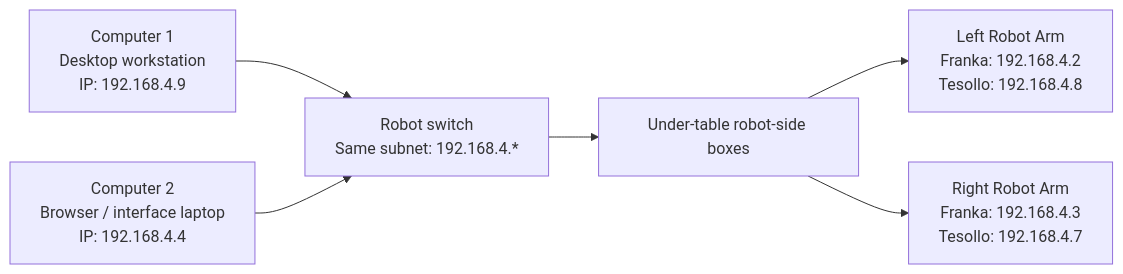
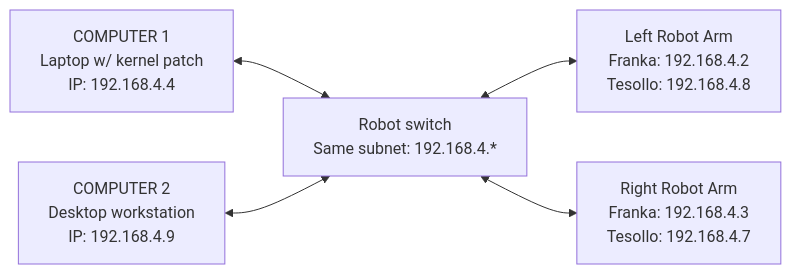
Before and after one commit to Wisc-HCI/robot_tutorials: the diagram in bimanual_panda_setup.md, drawn with Mermaid. The commit also changed other lines of this file, not shown here.

````diff
--- a/bimanual_panda_setup.md
+++ b/bimanual_panda_setup.md
@@ -496,21 +47,19 @@
 ```mermaid
 flowchart LR
-
-    C1[Computer 1<br/>Desktop workstation<br/>IP: 192.168.4.9]
-    C2[Computer 2<br/>Browser / interface laptop<br/>IP: 192.168.4.4]
+    C1[COMPUTER 1<br/>Laptop w/ kernel patch<br/>IP: 192.168.4.4]
+    C2[COMPUTER 2<br/>Desktop workstation<br/>IP: 192.168.4.9]
+    
 
     SW[Robot switch<br/>Same subnet: 192.168.4.*]
 
-    BOX[Under-table robot-side boxes]
+   
 
     L[Left Robot Arm<br/>Franka: 192.168.4.2<br/>Tesollo: 192.168.4.8]
     R[Right Robot Arm<br/>Franka: 192.168.4.3<br/>Tesollo: 192.168.4.7]
 
-    C1 --> SW
-    C2 --> SW
+    C1 <--> SW
+    C2 <--> SW
 
-    SW --> BOX
-
-    BOX --> L
-    BOX --> R
+    SW <--> L
+    SW <--> R
 ```
````
